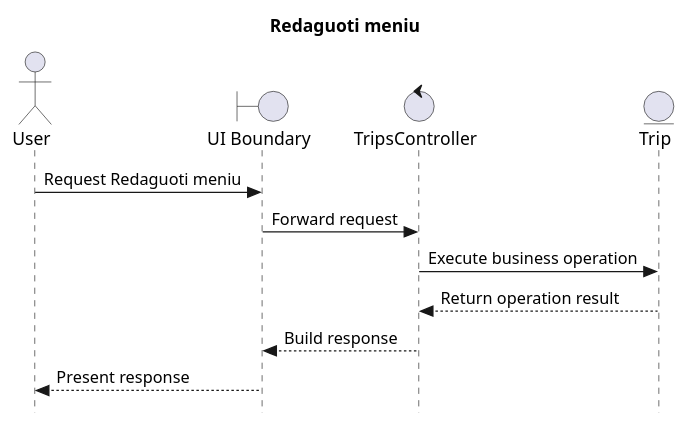
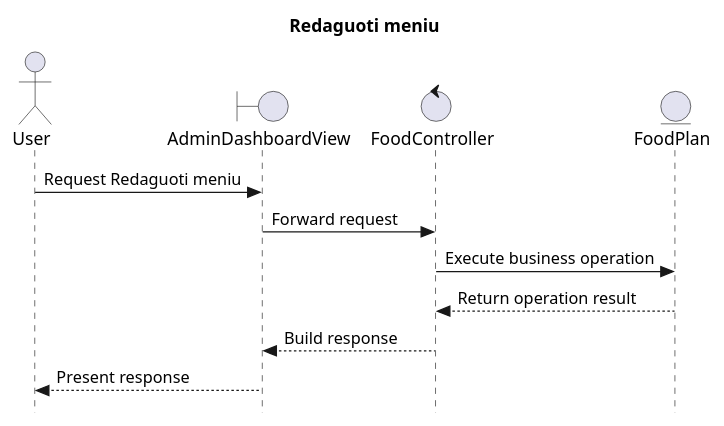
The diagram in _refs/diagrams-new/sequence/Redaguoti_meniu.puml (SauliusDev/ps-projektas), drawn with PlantUML before and after one commit. The commit also changed 40 other files, not shown here.

Commit message:
fix: align sequence stubs with BCE semantics

```diff
--- a/_refs/diagrams-new/sequence/Redaguoti_meniu.puml
+++ b/_refs/diagrams-new/sequence/Redaguoti_meniu.puml
@@ -1,17 +1,17 @@
 @startuml
 skinparam style strictuml
 
 title Redaguoti meniu
 
 actor "User" as user
-boundary "UI Boundary" as ui
-control "TripsController" as tripsController
-entity "Trip" as trip
+boundary "AdminDashboardView" as ui
+control "FoodController" as foodController
+entity "FoodPlan" as foodPlan
 
 user -> ui: Request Redaguoti meniu
-ui -> tripsController: Forward request
-tripsController -> trip: Execute business operation
-trip --> tripsController: Return operation result
-tripsController --> ui: Build response
+ui -> foodController: Forward request
+foodController -> foodPlan: Execute business operation
+foodPlan --> foodController: Return operation result
+foodController --> ui: Build response
 ui --> user: Present response
 @enduml
```
